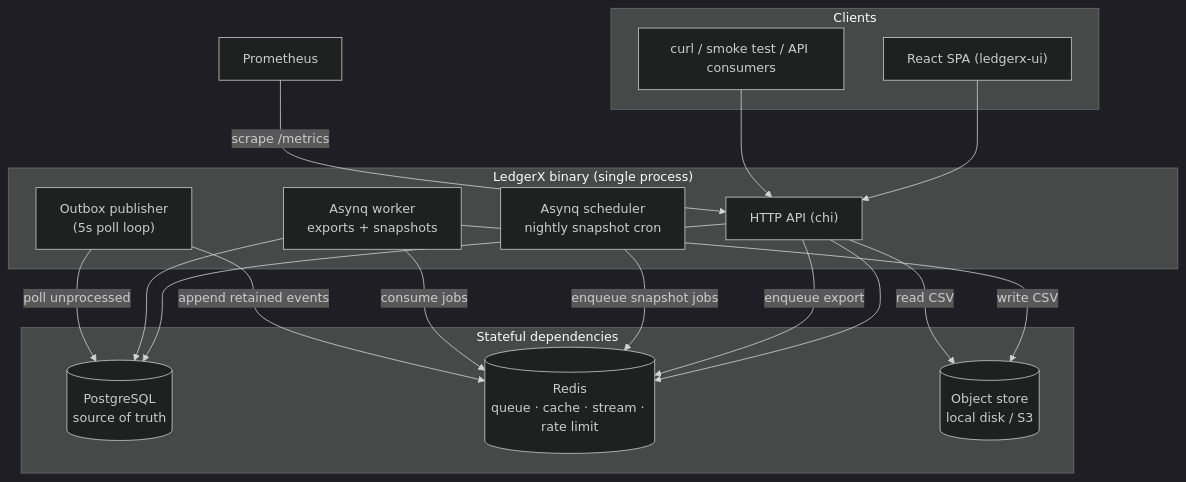
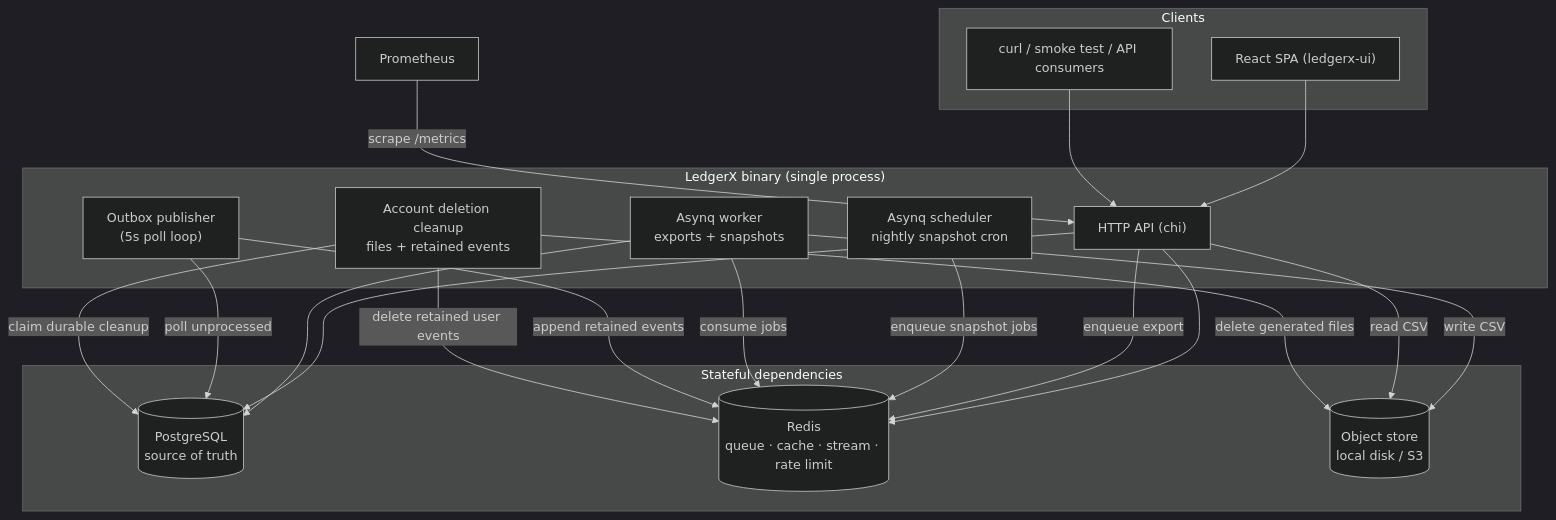
One commit to EftikharAzim/LedgerX changed the first of 3 diagrams in docs/ARCHITECTURE.md. Above: the diagram before and after it, drawn with Mermaid (dark theme). The commit also changed other lines of this file and 75 other files, not shown here.

Commit message:
feat: package app and add account recovery, deletion, and scale checks

````diff
--- a/docs/ARCHITECTURE.md
+++ b/docs/ARCHITECTURE.md
@@ -17,36 +17,40 @@
 ```mermaid
 graph TD
     subgraph client["Clients"]
         UI["React SPA (ledgerx-ui)"]
         CLI["curl / smoke test / API consumers"]
     end
 
     subgraph binary["LedgerX binary (single process)"]
         API["HTTP API (chi)"]
         WORKER["Asynq worker<br/>exports + snapshots"]
         SCHED["Asynq scheduler<br/>nightly snapshot cron"]
         OUTBOX["Outbox publisher<br/>(5s poll loop)"]
+        PRIVACY["Account deletion cleanup<br/>files + retained events"]
     end
 
     subgraph stores["Stateful dependencies"]
         PG[("PostgreSQL<br/>source of truth")]
         REDIS[("Redis<br/>queue · cache · stream · rate limit")]
         OBJ[("Object store<br/>local disk / S3")]
     end
 
     PROM["Prometheus"]
 
     UI --> API
     CLI --> API
     API --> PG
     API --> REDIS
     API -->|enqueue export| REDIS
     WORKER --> PG
     WORKER -->|write CSV| OBJ
     API -->|read CSV| OBJ
     SCHED -->|enqueue snapshot jobs| REDIS
     WORKER -->|consume jobs| REDIS
     OUTBOX -->|poll unprocessed| PG
     OUTBOX -->|append retained events| REDIS
+    PRIVACY -->|claim durable cleanup| PG
+    PRIVACY -->|delete generated files| OBJ
+    PRIVACY -->|delete retained user events| REDIS
     PROM -->|scrape /metrics| API
 ```
````
